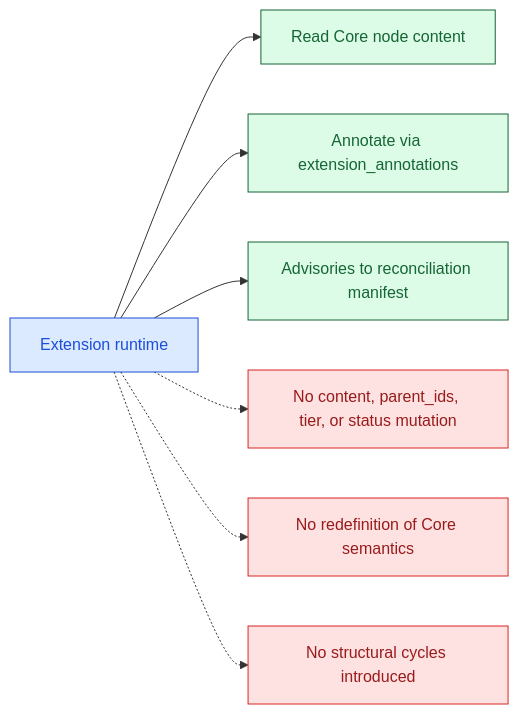
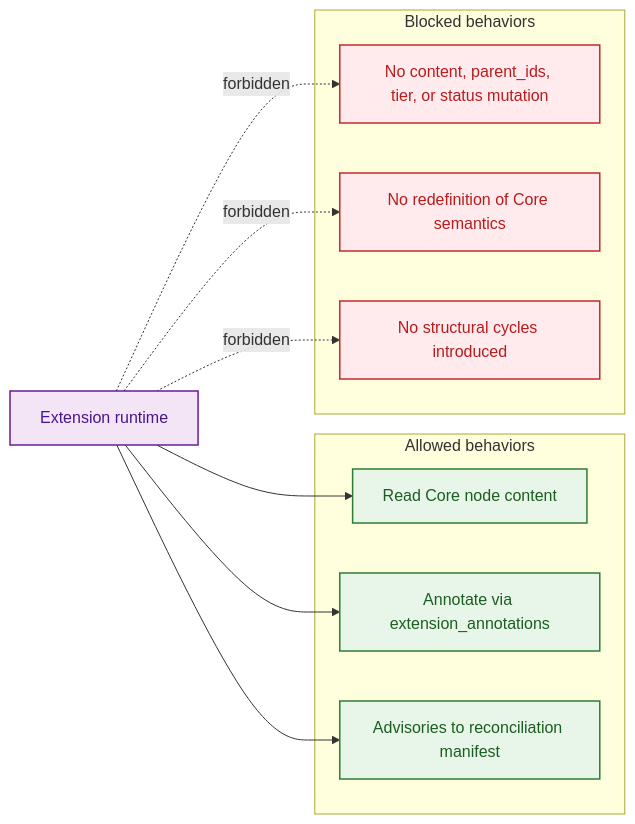
Before and after one commit to formosa/Antigravity: diagram 25 of 28 in .agent/assets/proposals/active/v6.3/ddr_ref_manual_v6.3.md, drawn with Mermaid. The commit also changed other lines of this file, not shown here.

````diff
--- a/.agent/assets/proposals/active/v6.3/ddr_ref_manual_v6.3.md
+++ b/.agent/assets/proposals/active/v6.3/ddr_ref_manual_v6.3.md
@@ -1789,16 +1906,30 @@
 ```mermaid
 flowchart LR
-    EXT["Extension runtime"] --> READ["Read Core node content"]
-    EXT --> ANN["Annotate via extension_annotations"]
-    EXT --> ADV["Advisories to reconciliation manifest"]
-    EXT -.-> MUT["No content, parent_ids, tier, or status mutation"]
-    EXT -.-> REDEF["No redefinition of Core semantics"]
-    EXT -.-> CYCLE["No structural cycles introduced"]
+    accTitle: Extension integration boundary map
+    accDescr: Separates the narrow allowed extension behaviors from the prohibited mutation and semantic redefinition surfaces.
+    EXT["Extension runtime"]
+    subgraph ALLOWED["Allowed behaviors"]
+        READ["Read Core node content"]
+        ANN["Annotate via extension_annotations"]
+        ADV["Advisories to reconciliation manifest"]
+    end
+    subgraph BLOCKED["Blocked behaviors"]
+        MUT["No content, parent_ids, tier, or status mutation"]
+        REDEF["No redefinition of Core semantics"]
+        CYCLE["No structural cycles introduced"]
+    end
 
-    classDef normative fill:#dcfce7,stroke:#166534,color:#166534;
-    classDef schema fill:#dbeafe,stroke:#1d4ed8,color:#1d4ed8;
-    classDef alert fill:#fee2e2,stroke:#dc2626,color:#991b1b;
-    class EXT schema;
+    EXT --> READ
+    EXT --> ANN
+    EXT --> ADV
+    EXT -. forbidden .-> MUT
+    EXT -. forbidden .-> REDEF
+    EXT -. forbidden .-> CYCLE
+
+    classDef normative fill:#e8f5e9,stroke:#2e7d32,color:#1b5e20,stroke-width:1.5px;
+    classDef extension fill:#f3e5f5,stroke:#6a1b9a,color:#4a148c,stroke-width:1.5px;
+    classDef alert fill:#ffebee,stroke:#c62828,color:#b71c1c,stroke-width:1.5px;
+    class EXT extension;
     class READ,ANN,ADV normative;
     class MUT,REDEF,CYCLE alert;
 ```
````
